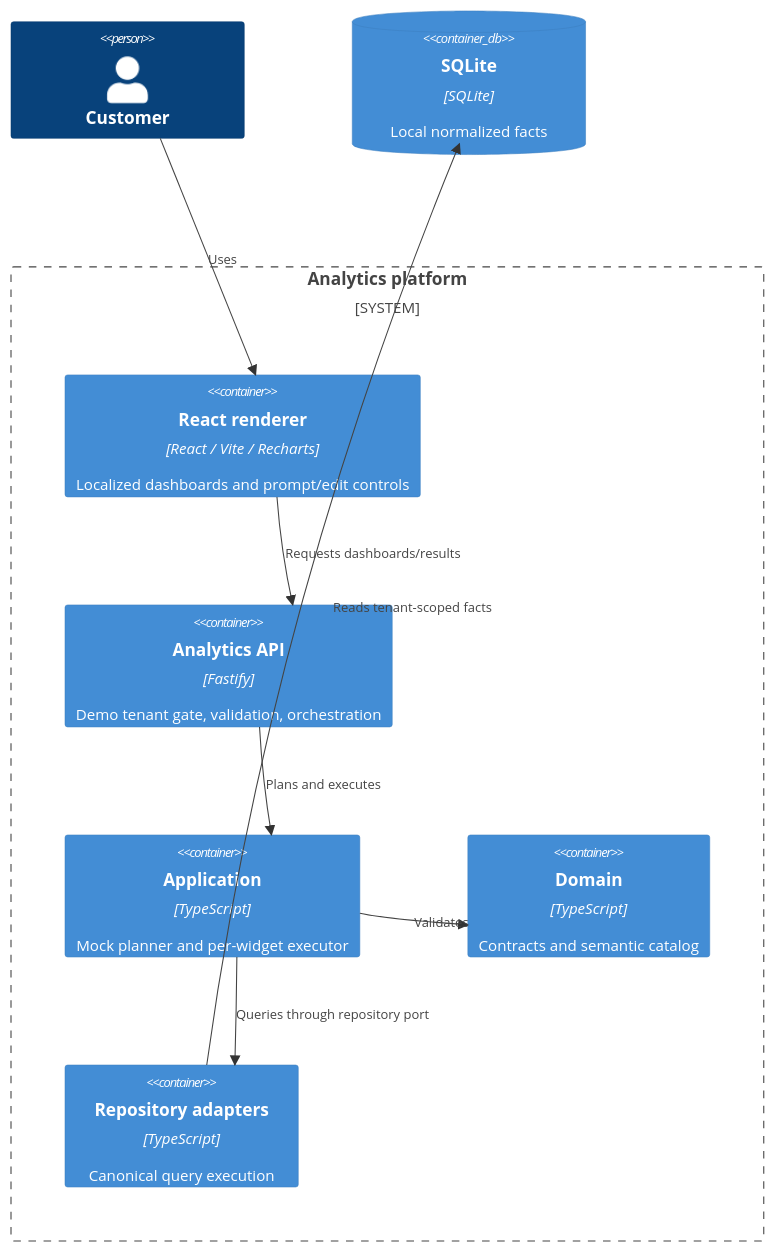
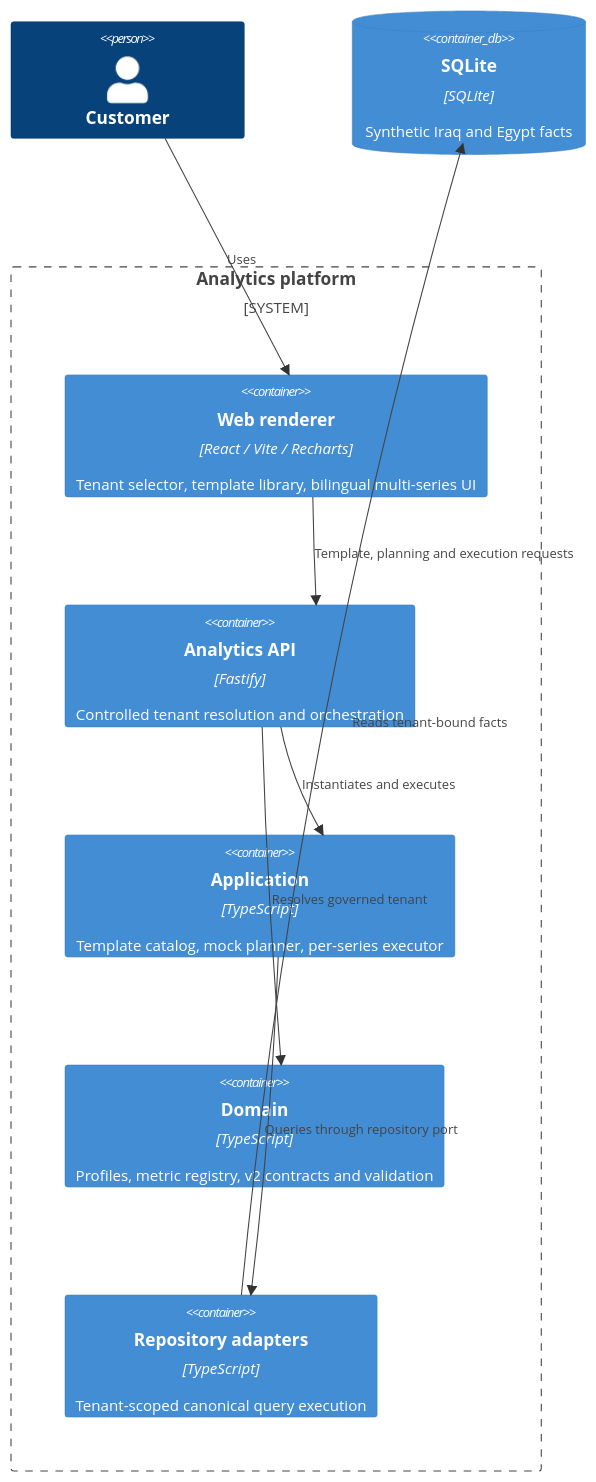
The second of 5 diagrams in docs/architecture/diagrams.md (hazemyoussif/el-dabboos-analytics), drawn with Mermaid before and after one commit. The commit also changed other lines of this file and 15 other files, not shown here.

Commit message:
docs(architecture): record market, template and v2 decisions

````diff
--- a/docs/architecture/diagrams.md
+++ b/docs/architecture/diagrams.md
@@ -18,18 +18,18 @@
 ```mermaid
 C4Container
   Person(customer, "Customer")
   System_Boundary(platform, "Analytics platform") {
-    Container(ui, "React renderer", "React / Vite / Recharts", "Localized dashboards and prompt/edit controls")
-    Container(api, "Analytics API", "Fastify", "Demo tenant gate, validation, orchestration")
-    Container(application, "Application", "TypeScript", "Mock planner and per-widget executor")
-    Container(domain, "Domain", "TypeScript", "Contracts and semantic catalog")
-    Container(data, "Repository adapters", "TypeScript", "Canonical query execution")
+    Container(ui, "Web renderer", "React / Vite / Recharts", "Tenant selector, template library, bilingual multi-series UI")
+    Container(api, "Analytics API", "Fastify", "Controlled tenant resolution and orchestration")
+    Container(application, "Application", "TypeScript", "Template catalog, mock planner, per-series executor")
+    Container(domain, "Domain", "TypeScript", "Profiles, metric registry, v2 contracts and validation")
+    Container(data, "Repository adapters", "TypeScript", "Tenant-scoped canonical query execution")
   }
-  ContainerDb(sqlite, "SQLite", "SQLite", "Local normalized facts")
+  ContainerDb(sqlite, "SQLite", "SQLite", "Synthetic Iraq and Egypt facts")
   Rel(customer, ui, "Uses")
-  Rel(ui, api, "Requests dashboards/results")
-  Rel(api, application, "Plans and executes")
-  Rel(application, domain, "Validates")
+  Rel(ui, api, "Template, planning and execution requests")
+  Rel(api, domain, "Resolves governed tenant")
+  Rel(api, application, "Instantiates and executes")
   Rel(application, data, "Queries through repository port")
-  Rel(data, sqlite, "Reads tenant-scoped facts")
+  Rel(data, sqlite, "Reads tenant-bound facts")
 ```
````
